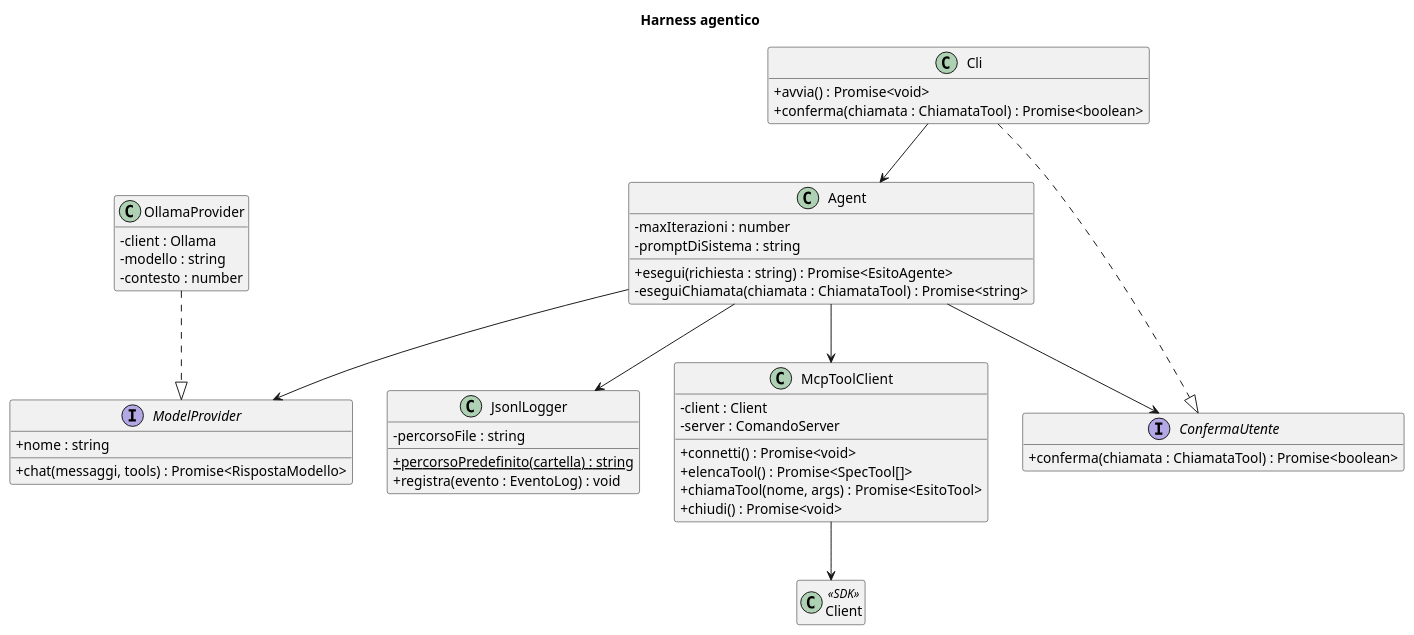
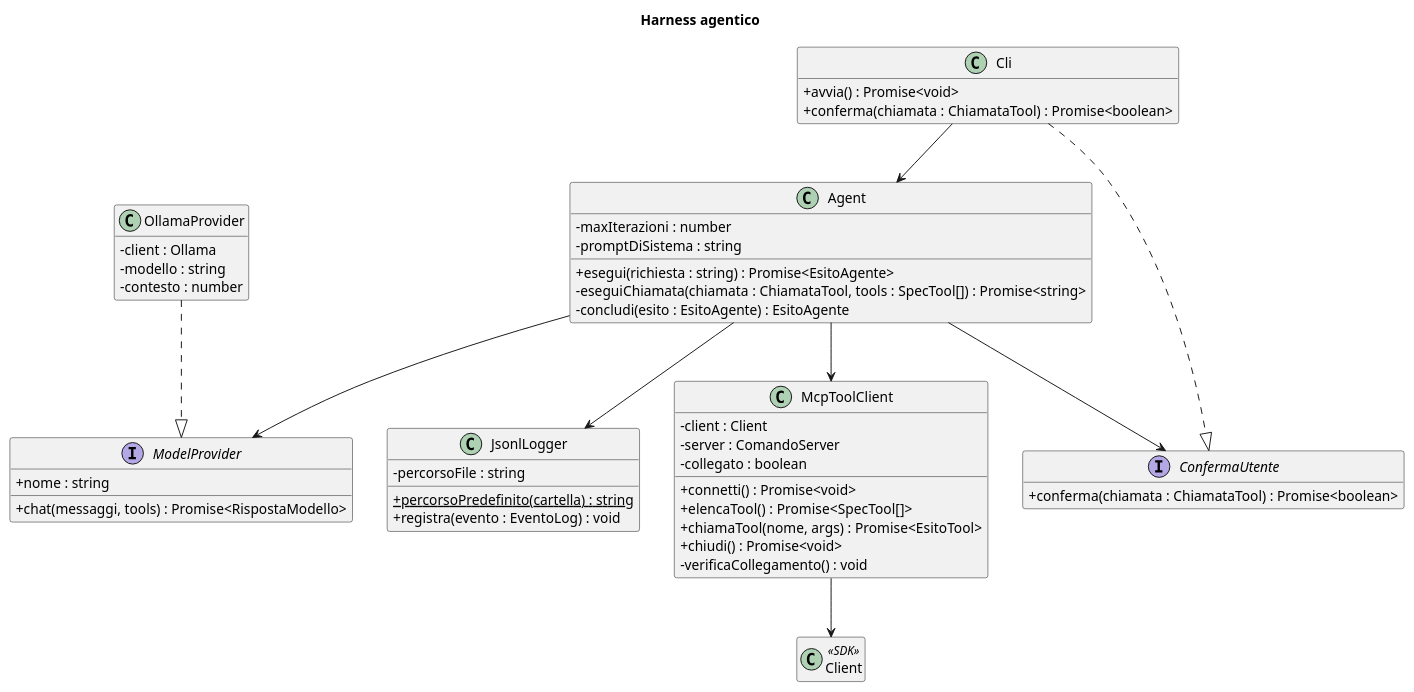
One commit to LeoDS99/pw26-agente-recall changed the diagram in docs/diagrammi/classi-harness.puml. Above: the diagram before and after it, drawn with PlantUML.

Commit message:
Diagramma delle classi dell'harness allineato al codice

```diff
--- a/docs/diagrammi/classi-harness.puml
+++ b/docs/diagrammi/classi-harness.puml
@@ -1,58 +1,61 @@
 @startuml classi-harness
 skinparam classAttributeIconSize 0
 hide empty members
 title Harness agentico
 
 class Client <<SDK>>
 
 class Cli {
   + avvia() : Promise<void>
   + conferma(chiamata : ChiamataTool) : Promise<boolean>
 }
 
 class Agent {
   - maxIterazioni : number
   - promptDiSistema : string
   + esegui(richiesta : string) : Promise<EsitoAgente>
-  - eseguiChiamata(chiamata : ChiamataTool) : Promise<string>
+  - eseguiChiamata(chiamata : ChiamataTool, tools : SpecTool[]) : Promise<string>
+  - concludi(esito : EsitoAgente) : EsitoAgente
 }
 
 interface ModelProvider {
   + nome : string
   + chat(messaggi, tools) : Promise<RispostaModello>
 }
 
 class OllamaProvider {
   - client : Ollama
   - modello : string
   - contesto : number
 }
 
 interface ConfermaUtente {
   + conferma(chiamata : ChiamataTool) : Promise<boolean>
 }
 
 class McpToolClient {
   - client : Client
   - server : ComandoServer
+  - collegato : boolean
   + connetti() : Promise<void>
   + elencaTool() : Promise<SpecTool[]>
   + chiamaTool(nome, args) : Promise<EsitoTool>
   + chiudi() : Promise<void>
+  - verificaCollegamento() : void
 }
 
 class JsonlLogger {
   - percorsoFile : string
   + {static} percorsoPredefinito(cartella) : string
   + registra(evento : EventoLog) : void
 }
 
 Cli --> Agent
 Cli ..|> ConfermaUtente
 Agent --> ModelProvider
 Agent --> McpToolClient
 Agent --> ConfermaUtente
 Agent --> JsonlLogger
 OllamaProvider ..|> ModelProvider
 McpToolClient --> Client
 @enduml
```
